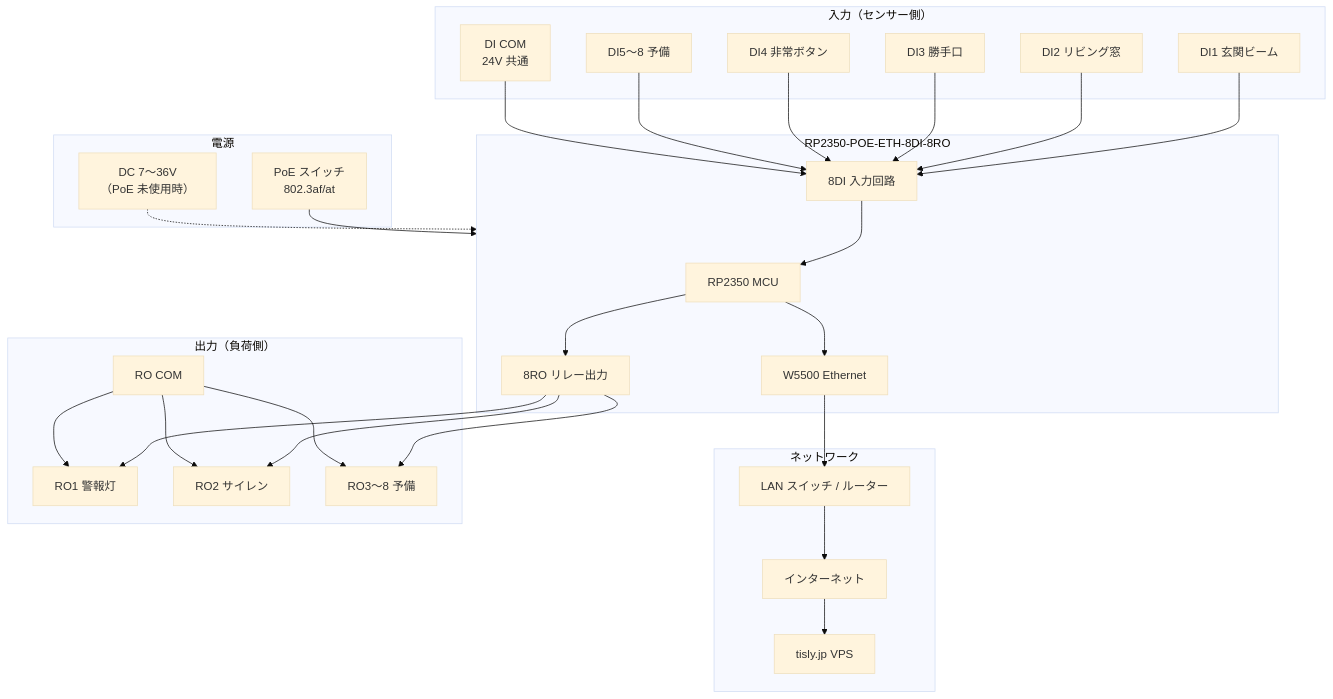
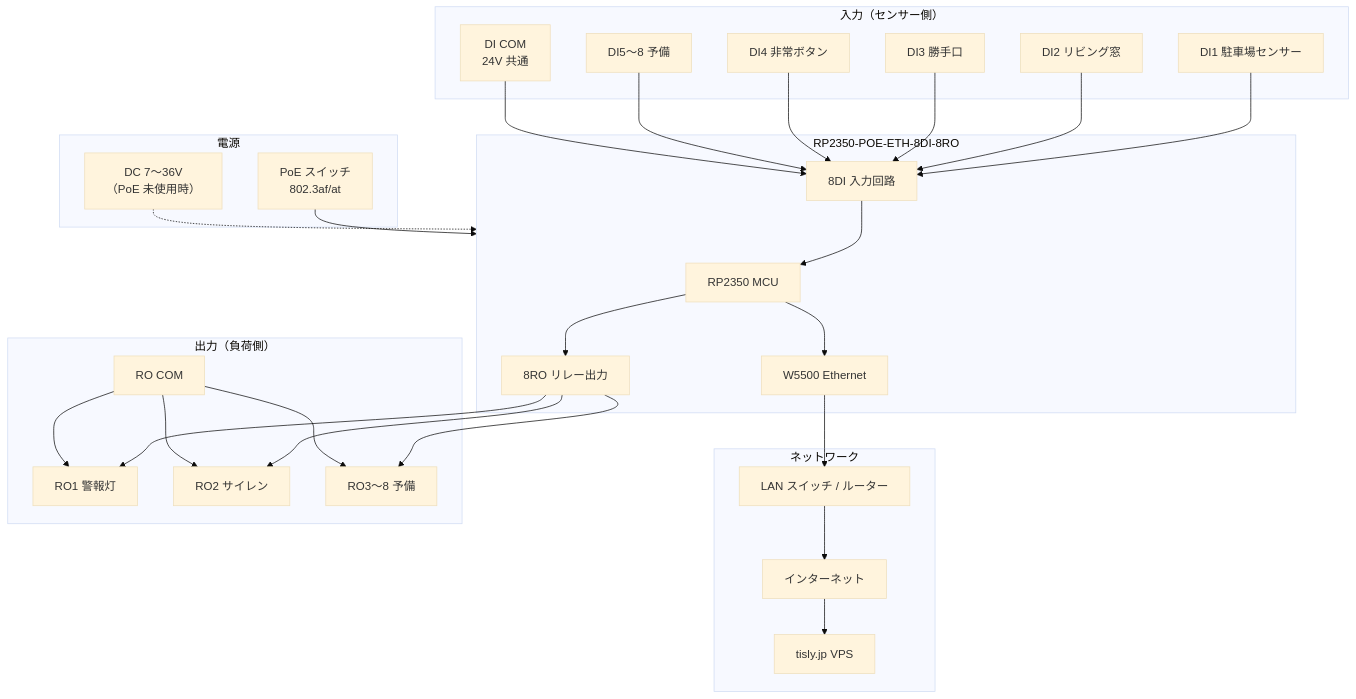
The first of 4 diagrams in docs/rc1-lite/wiring-diagram.md (tomsyamanaka-bot/tisly-platform), drawn with Mermaid (base theme) before and after one commit. The commit also changed other lines of this file and 36 other files, not shown here.

````diff
--- a/docs/rc1-lite/wiring-diagram.md
+++ b/docs/rc1-lite/wiring-diagram.md
@@ -13,49 +13,49 @@
 ```mermaid
 flowchart TB
     subgraph Power["電源"]
         POE["PoE スイッチ<br/>802.3af/at"]
         DC["DC 7〜36V<br/>（PoE 未使用時）"]
     end
 
     subgraph RP2350["RP2350-POE-ETH-8DI-8RO"]
         MCU["RP2350 MCU"]
         W5500["W5500 Ethernet"]
         DI_MOD["8DI 入力回路"]
         RO_MOD["8RO リレー出力"]
     end
 
     subgraph Network["ネットワーク"]
         SW["LAN スイッチ / ルーター"]
         INET["インターネット"]
         VPS["tisly.jp VPS"]
     end
 
     subgraph Inputs["入力（センサー側）"]
-        S1["DI1 玄関ビーム"]
+        S1["DI1 駐車場センサー"]
         S2["DI2 リビング窓"]
         S3["DI3 勝手口"]
         S4["DI4 非常ボタン"]
         SX["DI5〜8 予備"]
         COM_DI["DI COM<br/>24V 共通"]
     end
 
     subgraph Outputs["出力（負荷側）"]
         L1["RO1 警報灯"]
         L2["RO2 サイレン"]
         LX["RO3〜8 予備"]
         COM_RO["RO COM"]
     end
 
     POE --> RP2350
     DC -.-> RP2350
     W5500 --> SW --> INET --> VPS
     MCU --> W5500
 
     S1 & S2 & S3 & S4 & SX --> DI_MOD
     COM_DI --> DI_MOD
     DI_MOD --> MCU
 
     MCU --> RO_MOD
     RO_MOD --> L1 & L2 & LX
     COM_RO --> L1 & L2 & LX
 ```
````
